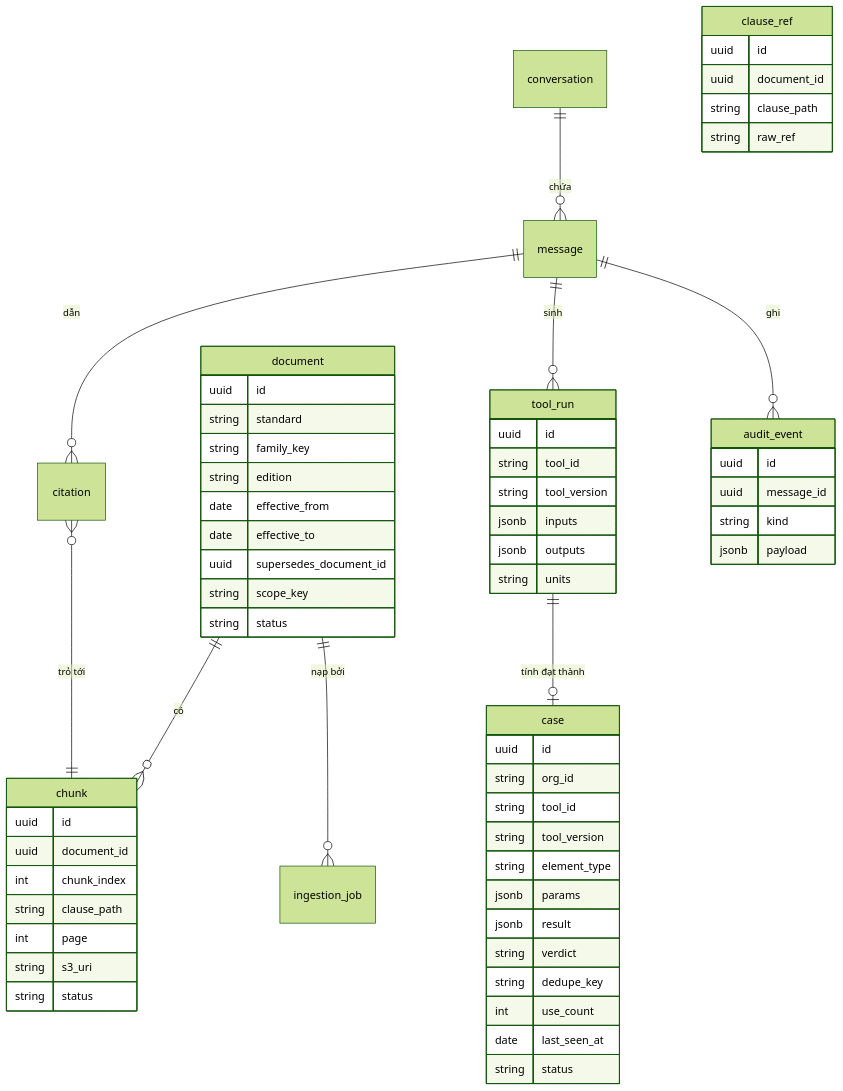
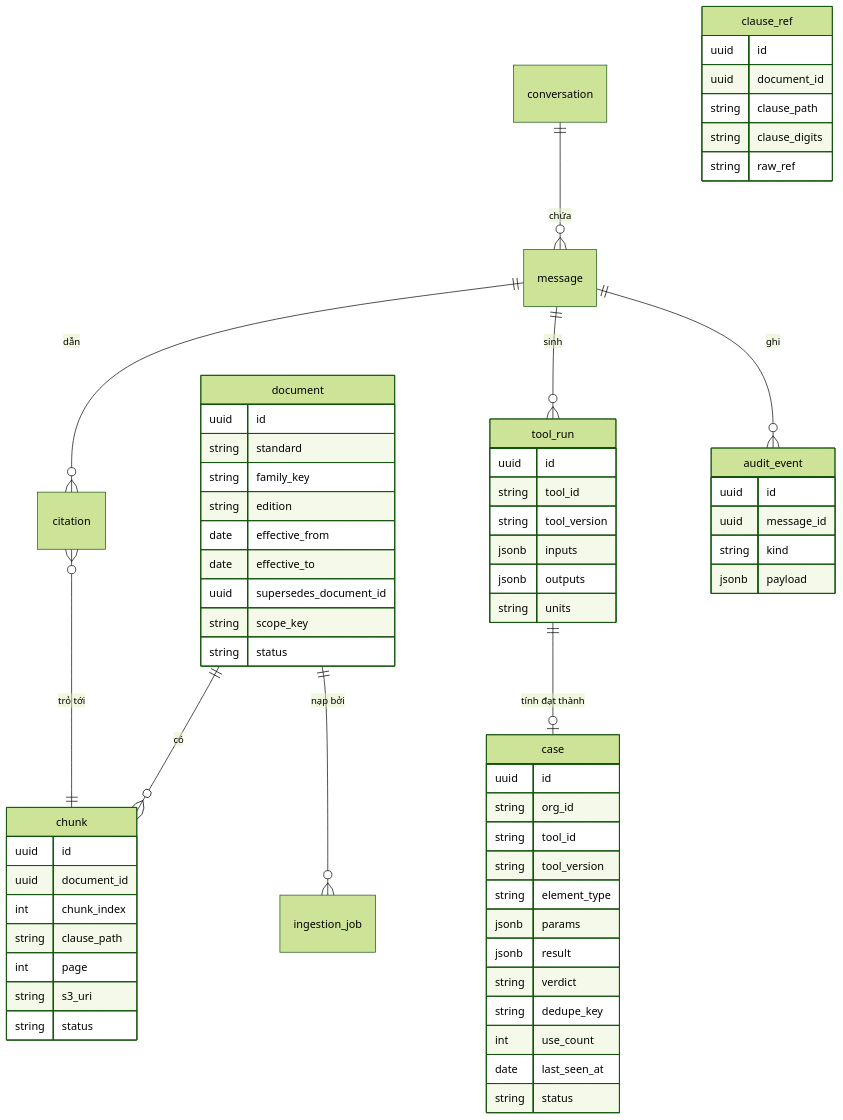
Before and after one commit to vdloc/vfstructures-ai-solution: diagram 14 of 15 in ship/01-kien-truc.md, drawn with Mermaid (forest theme). The commit also changed other lines of this file and 54 other files, not shown here.

First line of the commit message:
docs: sync flow page and ship set with AD-28/AD-29, add citations

````diff
--- a/ship/01-kien-truc.md
+++ b/ship/01-kien-truc.md
@@ -740,18 +744,18 @@
 ```mermaid
 erDiagram
  document ||--o{ chunk : "có"
  document ||--o{ ingestion_job : "nạp bởi"
  conversation ||--o{ message : "chứa"
  message ||--o{ citation : "dẫn"
  citation }o--|| chunk : "trỏ tới"
  message ||--o{ tool_run : "sinh"
  tool_run ||--o| case : "tính đạt thành"
  message ||--o{ audit_event : "ghi"
 
  document { uuid id string standard string family_key string edition date effective_from date effective_to uuid supersedes_document_id string scope_key string status }
  chunk { uuid id uuid document_id int chunk_index string clause_path int page string s3_uri string status }
- clause_ref { uuid id uuid document_id string clause_path string raw_ref }
+ clause_ref { uuid id uuid document_id string clause_path string clause_digits string raw_ref }
  case { uuid id string org_id string tool_id string tool_version string element_type jsonb params jsonb result string verdict string dedupe_key int use_count date last_seen_at string status }
  tool_run { uuid id string tool_id string tool_version jsonb inputs jsonb outputs string units }
  audit_event { uuid id uuid message_id string kind jsonb payload }
 ```
````
